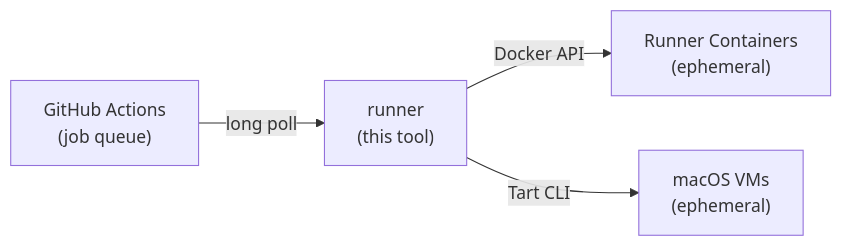
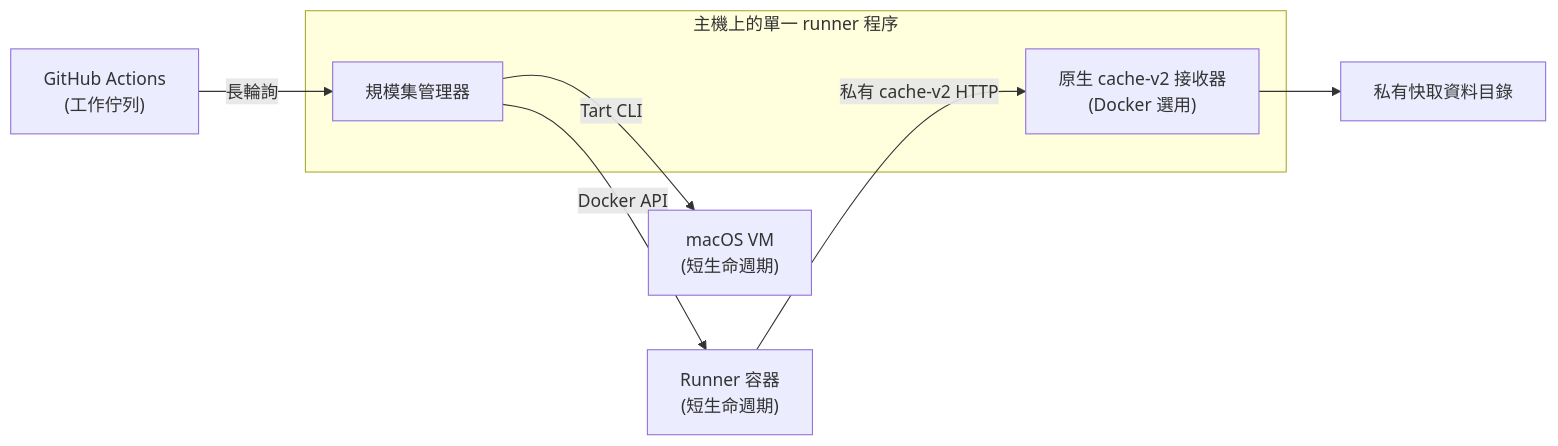
The diagram in README.zh-TW.md (ysya/runscaler), drawn with Mermaid before and after one commit. The commit also changed other lines of this file and 5 other files, not shown here.

Commit message:
docs(cache): clarify native receiver architecture

````diff
--- a/README.zh-TW.md
+++ b/README.zh-TW.md
@@ -35,6 +35,12 @@
 ```mermaid
 flowchart LR
-    A["GitHub Actions<br/>(job queue)"] -- long poll --> B["runner<br/>(this tool)"]
-    B -- Docker API --> C["Runner Containers<br/>(ephemeral)"]
-    B -- Tart CLI --> D["macOS VMs<br/>(ephemeral)"]
+    A["GitHub Actions<br/>(工作佇列)"] -- 長輪詢 --> B
+    subgraph H["主機上的單一 runner 程序"]
+        B["規模集管理器"]
+        E["原生 cache-v2 接收器<br/>(Docker 選用)"]
+    end
+    B -- Docker API --> C["Runner 容器<br/>(短生命週期)"]
+    B -- Tart CLI --> D["macOS VM<br/>(短生命週期)"]
+    C -- 私有 cache-v2 HTTP --> E
+    E --> F["私有快取資料目錄"]
 ```
````
